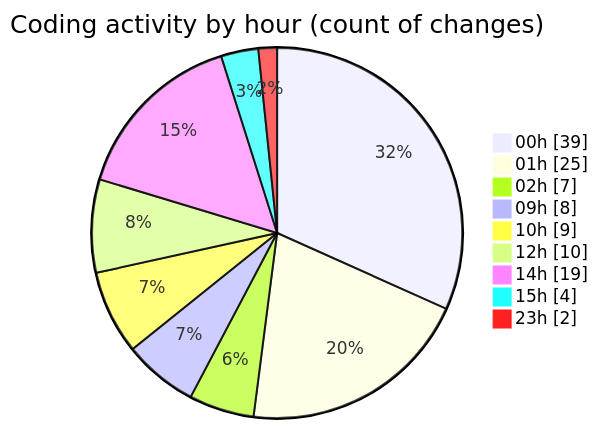
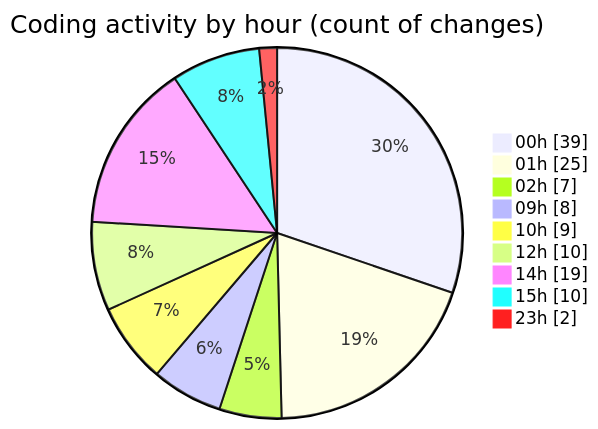
Before and after one commit to julien-gomy/code-tracking: the second of 2 diagrams in 2025-10-10/eventscop-frontend-guide__workspace_/README.md, drawn with Mermaid. The commit also changed other lines of this file and 1 other file, not shown here.

````diff
--- a/2025-10-10/eventscop-frontend-guide__workspace_/README.md
+++ b/2025-10-10/eventscop-frontend-guide__workspace_/README.md
@@ -46,13 +48,13 @@
 ```mermaid
 pie showData
 title Coding activity by hour (count of changes)
 "00h" : 39
 "01h" : 25
 "02h" : 7
 "09h" : 8
 "10h" : 9
 "12h" : 10
 "14h" : 19
-"15h" : 4
+"15h" : 10
 "23h" : 2
 ```
````
